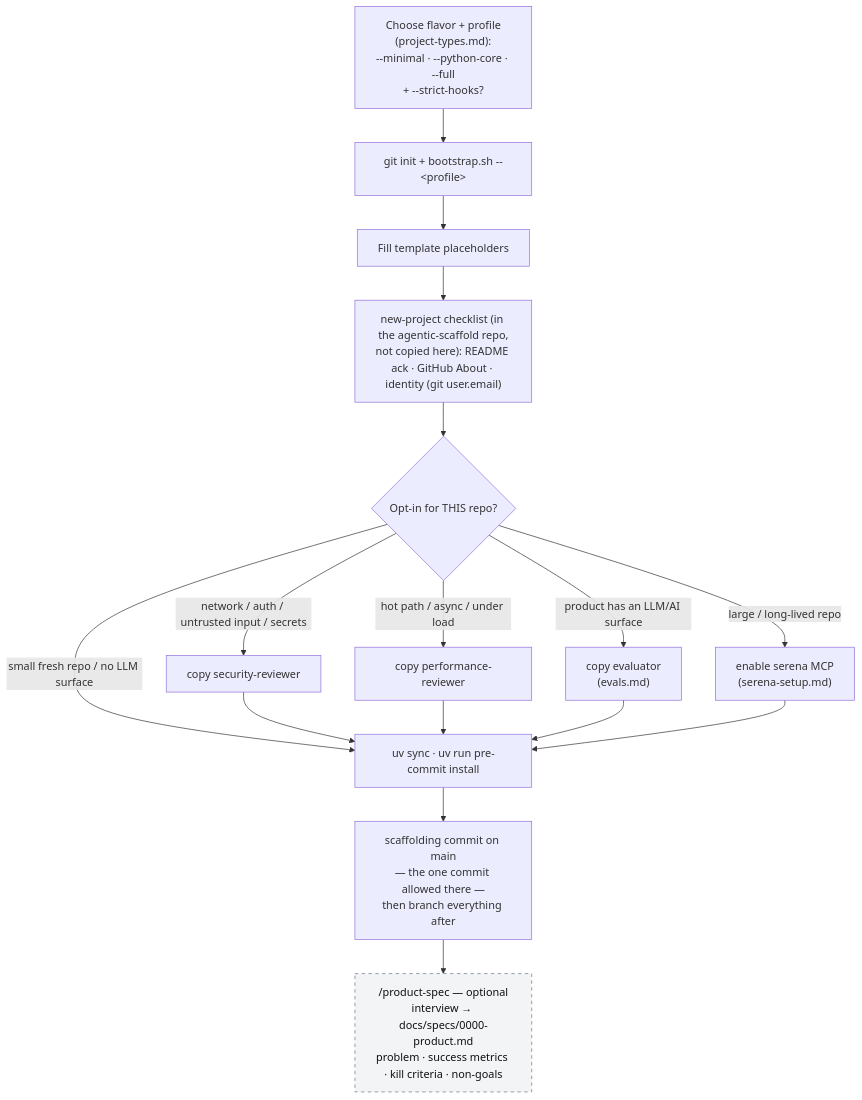
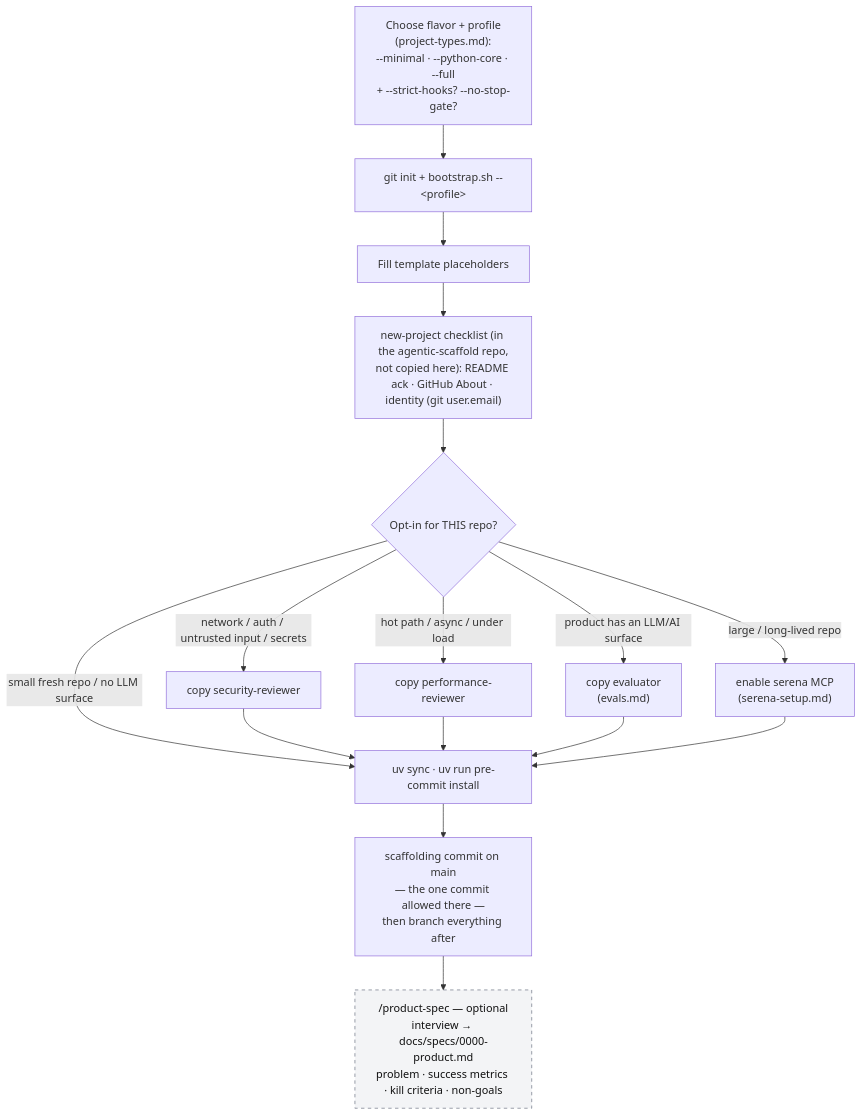
Before and after one commit to bbirkinbine/agentic-scaffold: the second of 6 diagrams in python/docs/workflow-diagram.md, drawn with Mermaid. The commit also changed other lines of this file and 13 other files, not shown here.

First line of the commit message:
Make the Stop gate default; demote issue-first to opt-in issue mode

````diff
--- a/python/docs/workflow-diagram.md
+++ b/python/docs/workflow-diagram.md
@@ -71,21 +71,21 @@
 ```mermaid
 flowchart TD
-    A0["Choose flavor + profile<br/>(project-types.md):<br/>--minimal · --python-core · --full<br/>+ --strict-hooks?"] --> A["git init + bootstrap.sh --&lt;profile&gt;"]
+    A0["Choose flavor + profile<br/>(project-types.md):<br/>--minimal · --python-core · --full<br/>+ --strict-hooks? --no-stop-gate?"] --> A["git init + bootstrap.sh --&lt;profile&gt;"]
     A --> B["Fill template placeholders"]
     B --> C["new-project checklist (in the agentic-scaffold repo,<br/>not copied here): README ack · GitHub About · identity (git user.email)"]
     C --> D{"Opt-in for THIS repo?"}
     D -->|"network / auth / untrusted input / secrets"| D1["copy security-reviewer"]
     D -->|"hot path / async / under load"| D2["copy performance-reviewer"]
     D -->|"product has an LLM/AI surface"| D4["copy evaluator<br/>(evals.md)"]
     D -->|"large / long-lived repo"| D3["enable serena MCP<br/>(serena-setup.md)"]
     D -->|"small fresh repo / no LLM surface"| E
     D1 --> E
     D2 --> E
     D4 --> E
     D3 --> E
     E["uv sync · uv run pre-commit install"] --> F["scaffolding commit on main<br/>— the one commit allowed there —<br/>then branch everything after"]
     F --> G["/product-spec — optional<br/>interview → docs/specs/0000-product.md<br/>problem · success metrics · kill criteria · non-goals"]
 
     classDef optional fill:#f3f4f6,stroke:#6b7280,color:#111,stroke-dasharray: 5 5;
     class G optional;
 ```
````
